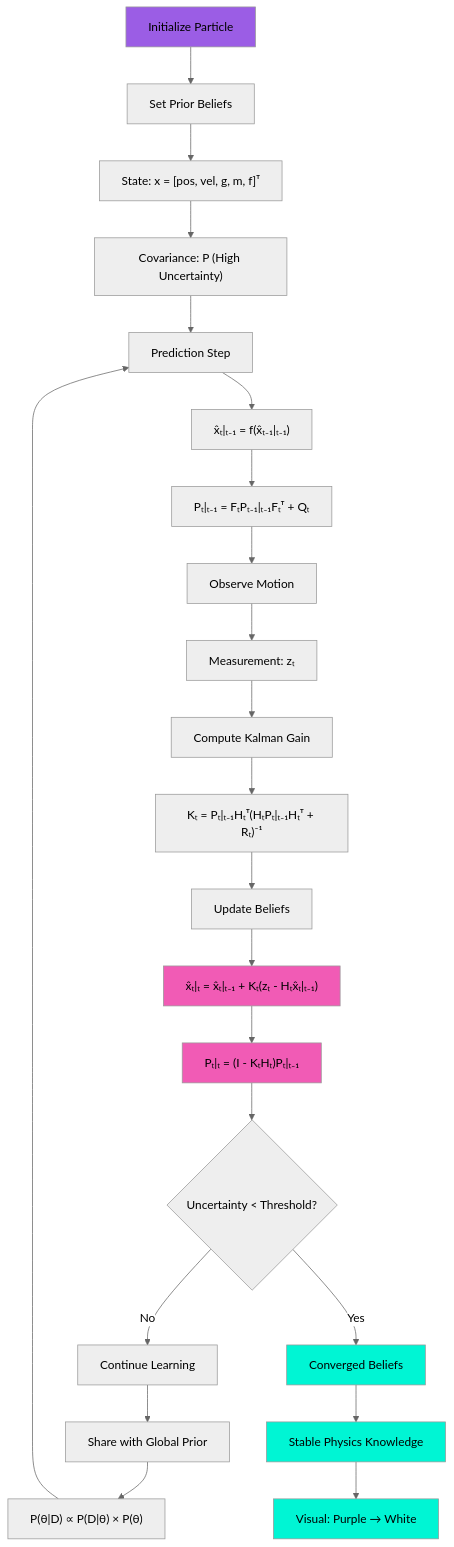
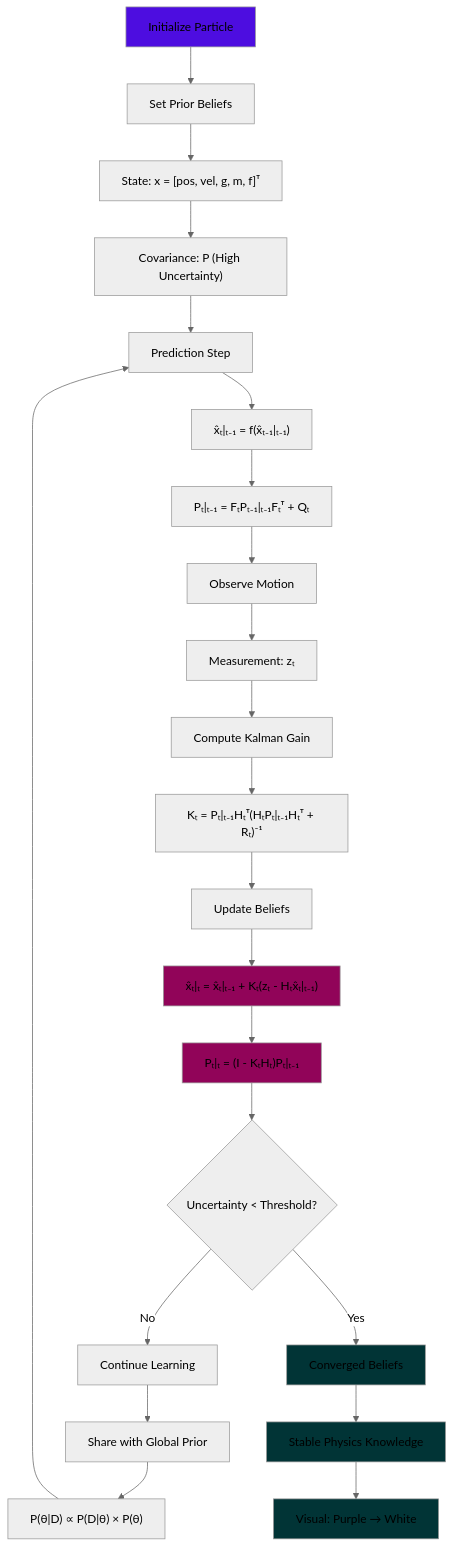
One commit to aditisingh02/Infera changed the diagram in README.md. Above: the diagram before and after it, drawn with Mermaid (neutral theme). The commit also changed other lines of this file, not shown here.

Commit message:
update:add video
Updated repository links and added badges to README.

````diff
--- a/README.md
+++ b/README.md
@@ -35,38 +39,38 @@
 ```mermaid
 flowchart TD
     A[Initialize Particle] --> B[Set Prior Beliefs]
     B --> C["State: x = [pos, vel, g, m, f]ᵀ"]
     C --> D["Covariance: P (High Uncertainty)"]
     
     D --> E[Prediction Step]
     E --> F["x̂ₜ|ₜ₋₁ = f(x̂ₜ₋₁|ₜ₋₁)"]
     F --> G["Pₜ|ₜ₋₁ = FₜPₜ₋₁|ₜ₋₁Fₜᵀ + Qₜ"]
     
     G --> H[Observe Motion]
     H --> I["Measurement: zₜ"]
     
     I --> J[Compute Kalman Gain]
     J --> K["Kₜ = Pₜ|ₜ₋₁Hₜᵀ(HₜPₜ|ₜ₋₁Hₜᵀ + Rₜ)⁻¹"]
     
     K --> L[Update Beliefs]
     L --> M["x̂ₜ|ₜ = x̂ₜ|ₜ₋₁ + Kₜ(zₜ - Hₜx̂ₜ|ₜ₋₁)"]
     M --> N["Pₜ|ₜ = (I - KₜHₜ)Pₜ|ₜ₋₁"]
     
     N --> O{Uncertainty < Threshold?}
     O -->|No| P[Continue Learning]
     O -->|Yes| Q[Converged Beliefs]
     
     P --> R[Share with Global Prior]
     R --> S["P(θ|D) ∝ P(D|θ) × P(θ)"]
     S --> E
     
     Q --> T[Stable Physics Knowledge]
     T --> U[Visual: Purple → White]
     
-    style A fill:#9b5de5
-    style Q fill:#00f5d4
-    style T fill:#00f5d4
-    style U fill:#00f5d4
-    style M fill:#f15bb5
-    style N fill:#f15bb5
+    style A fill:#4d0de0
+    style Q fill:#013436
+    style T fill:#013436
+    style U fill:#013436
+    style M fill:#910459
+    style N fill:#910459
 ```
````
